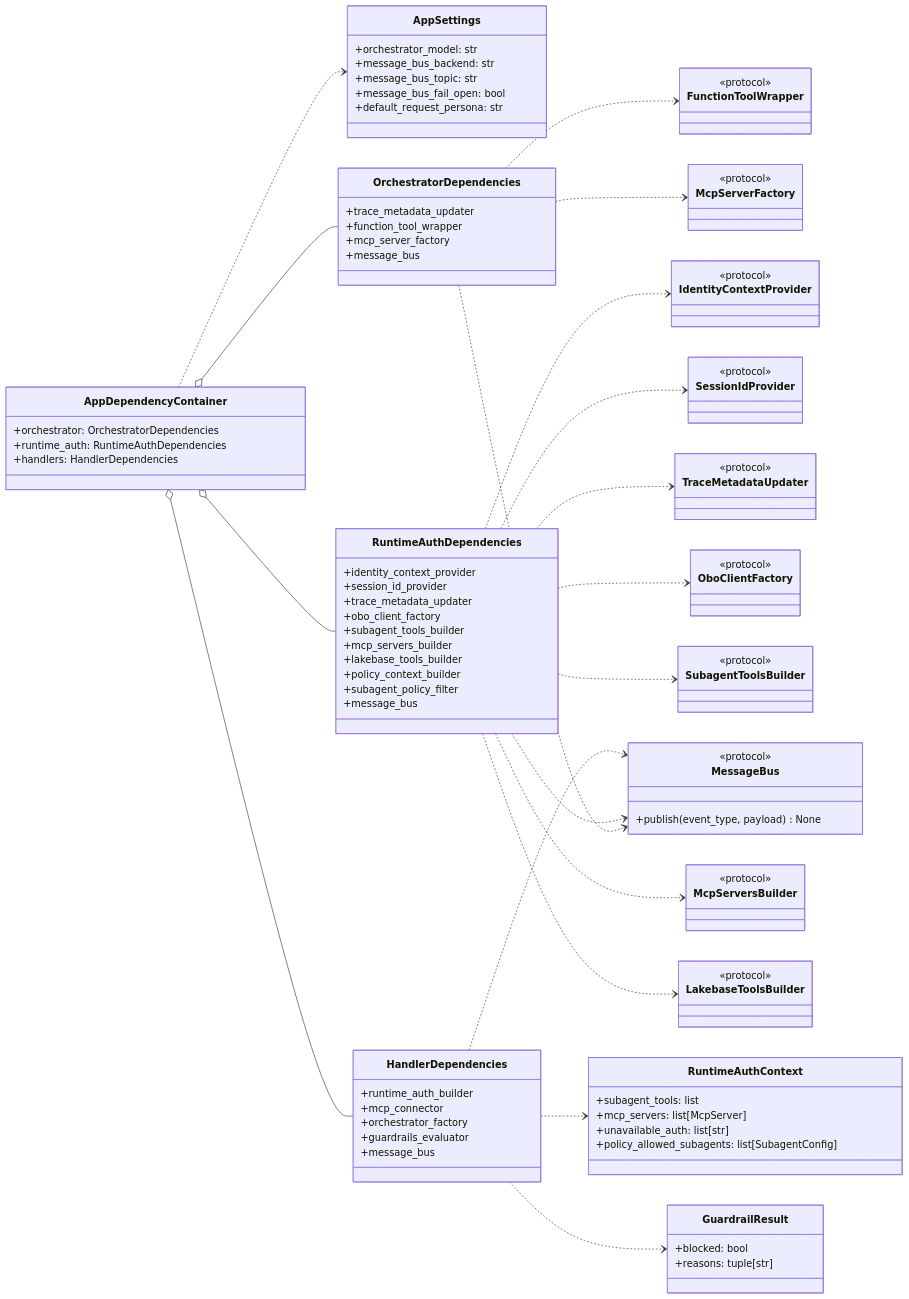
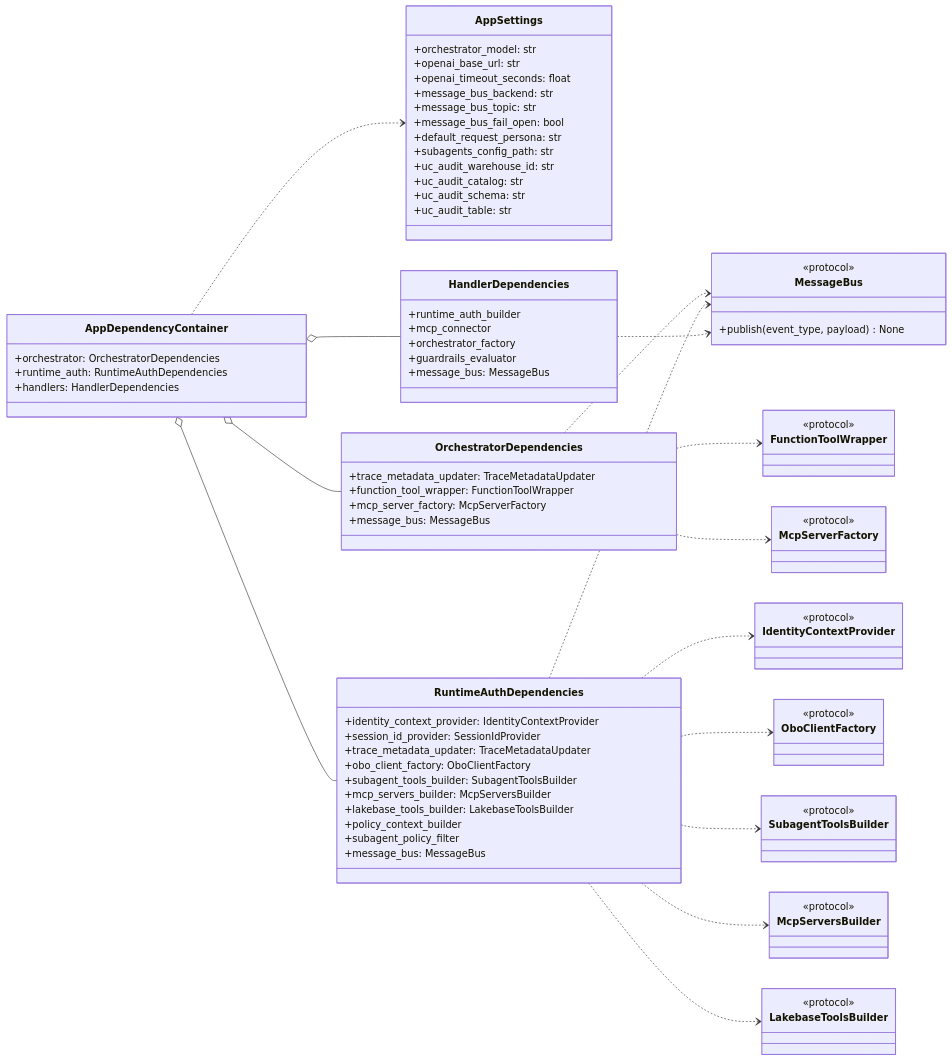
The second of 5 diagrams in docs/architecture/design-artifacts/08-backend-class-diagram-as-is.md (wchen-dea/Governed-Multi-Agent-Intelligence-on-Databricks), drawn with Mermaid before and after one commit. The commit also changed other lines of this file and 51 other files, not shown here.

````diff
--- a/docs/architecture/design-artifacts/08-backend-class-diagram-as-is.md
+++ b/docs/architecture/design-artifacts/08-backend-class-diagram-as-is.md
@@ -86,90 +110,79 @@
 direction LR
 
 class AppSettings {
-  +orchestrator_model: str
-  +message_bus_backend: str
-  +message_bus_topic: str
-  +message_bus_fail_open: bool
-  +default_request_persona: str
+    +orchestrator_model: str
+    +openai_base_url: str
+    +openai_timeout_seconds: float
+    +message_bus_backend: str
+    +message_bus_topic: str
+    +message_bus_fail_open: bool
+    +default_request_persona: str
+    +subagents_config_path: str
+    +uc_audit_warehouse_id: str
+    +uc_audit_catalog: str
+    +uc_audit_schema: str
+    +uc_audit_table: str
 }
 
 class AppDependencyContainer {
-  +orchestrator: OrchestratorDependencies
-  +runtime_auth: RuntimeAuthDependencies
-  +handlers: HandlerDependencies
+    +orchestrator: OrchestratorDependencies
+    +runtime_auth: RuntimeAuthDependencies
+    +handlers: HandlerDependencies
 }
 
 class OrchestratorDependencies {
-  +trace_metadata_updater
-  +function_tool_wrapper
-  +mcp_server_factory
-  +message_bus
+    +trace_metadata_updater: TraceMetadataUpdater
+    +function_tool_wrapper: FunctionToolWrapper
+    +mcp_server_factory: McpServerFactory
+    +message_bus: MessageBus
 }
 
 class RuntimeAuthDependencies {
-  +identity_context_provider
-  +session_id_provider
-  +trace_metadata_updater
-  +obo_client_factory
-  +subagent_tools_builder
-  +mcp_servers_builder
-  +lakebase_tools_builder
-  +policy_context_builder
-  +subagent_policy_filter
-  +message_bus
+    +identity_context_provider: IdentityContextProvider
+    +session_id_provider: SessionIdProvider
+    +trace_metadata_updater: TraceMetadataUpdater
+    +obo_client_factory: OboClientFactory
+    +subagent_tools_builder: SubagentToolsBuilder
+    +mcp_servers_builder: McpServersBuilder
+    +lakebase_tools_builder: LakebaseToolsBuilder
+    +policy_context_builder
+    +subagent_policy_filter
+    +message_bus: MessageBus
 }
 
 class HandlerDependencies {
-  +runtime_auth_builder
-  +mcp_connector
-  +orchestrator_factory
-  +guardrails_evaluator
-  +message_bus
-}
-
-class RuntimeAuthContext {
-  +subagent_tools: list
-  +mcp_servers: list[McpServer]
-  +unavailable_auth: list[str]
-  +policy_allowed_subagents: list[SubagentConfig]
-}
-
-class GuardrailResult {
-  +blocked: bool
-  +reasons: tuple[str]
+    +runtime_auth_builder
+    +mcp_connector
+    +orchestrator_factory
+    +guardrails_evaluator
+    +message_bus: MessageBus
 }
 
 class MessageBus {
-  <<protocol>>
-  +publish(event_type, payload) None
+    <<protocol>>
+    +publish(event_type, payload) None
 }
 
 class IdentityContextProvider {
-  <<protocol>>
-}
-class SessionIdProvider {
-  <<protocol>>
-}
-class TraceMetadataUpdater {
-  <<protocol>>
+    <<protocol>>
 }
 class OboClientFactory {
-  <<protocol>>
+    <<protocol>>
 }
 class SubagentToolsBuilder {
-  <<protocol>>
+    <<protocol>>
 }
 class McpServersBuilder {
-  <<protocol>>
+    <<protocol>>
 }
 class LakebaseToolsBuilder {
-  <<protocol>>
+    <<protocol>>
 }
 class FunctionToolWrapper {
-  <<protocol>>
+    <<protocol>>
 }
 class McpServerFactory {
-  <<protocol>>
+    <<protocol>>
 }
 
 AppDependencyContainer o-- OrchestratorDependencies
@@ -182,15 +195,11 @@
 OrchestratorDependencies ..> McpServerFactory
 
 RuntimeAuthDependencies ..> IdentityContextProvider
-RuntimeAuthDependencies ..> SessionIdProvider
-RuntimeAuthDependencies ..> TraceMetadataUpdater
 RuntimeAuthDependencies ..> OboClientFactory
 RuntimeAuthDependencies ..> SubagentToolsBuilder
 RuntimeAuthDependencies ..> McpServersBuilder
 RuntimeAuthDependencies ..> LakebaseToolsBuilder
 RuntimeAuthDependencies ..> MessageBus
 
-HandlerDependencies ..> RuntimeAuthContext
-HandlerDependencies ..> GuardrailResult
 HandlerDependencies ..> MessageBus
 ```
````
